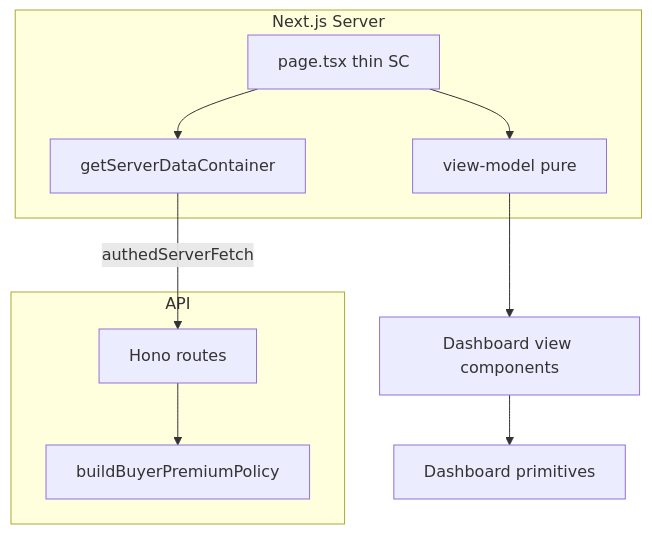
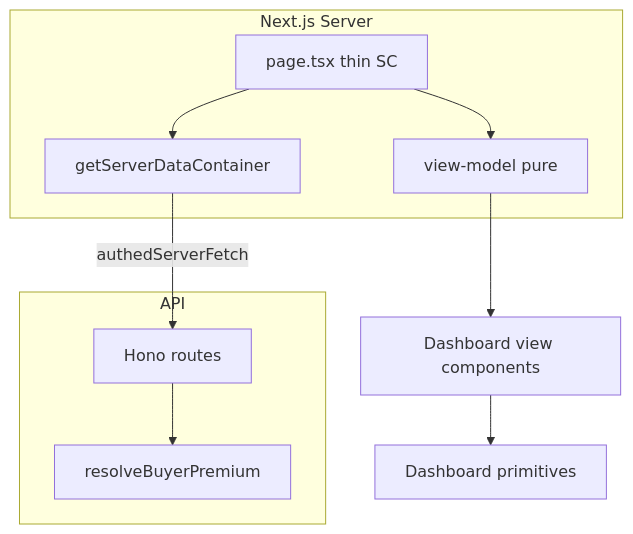
The diagram in docs/runbooks/dashboard-audit.md (LAX-UK/monorepo), drawn with Mermaid before and after one commit. The commit also changed 1 other file, not shown here.

Commit message:
Runbooks: document the premium resolver, precedence and pre-deploy check
Rewrite buyer-premium-tiers.md for resolveBuyerPremium, lot-override precedence, slice-by-slice
bands, half-up rounding, migration 0375 and the pre-deploy check; point dashboard-audit.md at the
resolver.

````diff
--- a/docs/runbooks/dashboard-audit.md
+++ b/docs/runbooks/dashboard-audit.md
@@ -183,18 +183,18 @@
 ```mermaid
 flowchart TB
   subgraph server [Next.js Server]
     Page[page.tsx thin SC]
     DC[getServerDataContainer]
     VM[view-model pure]
     Page --> DC
     Page --> VM
   end
   subgraph api [API]
     Routes[Hono routes]
-    Policy[buildBuyerPremiumPolicy]
+    Policy[resolveBuyerPremium]
     Routes --> Policy
   end
   DC -->|authedServerFetch| Routes
   VM --> View[Dashboard view components]
   View --> Prim[Dashboard primitives]
 ```
````
